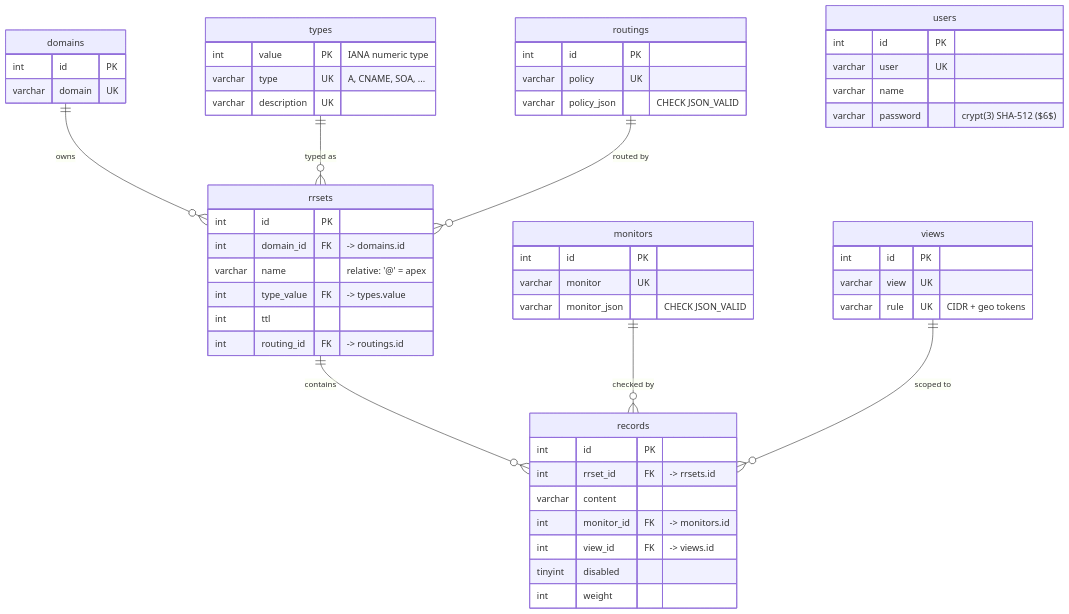
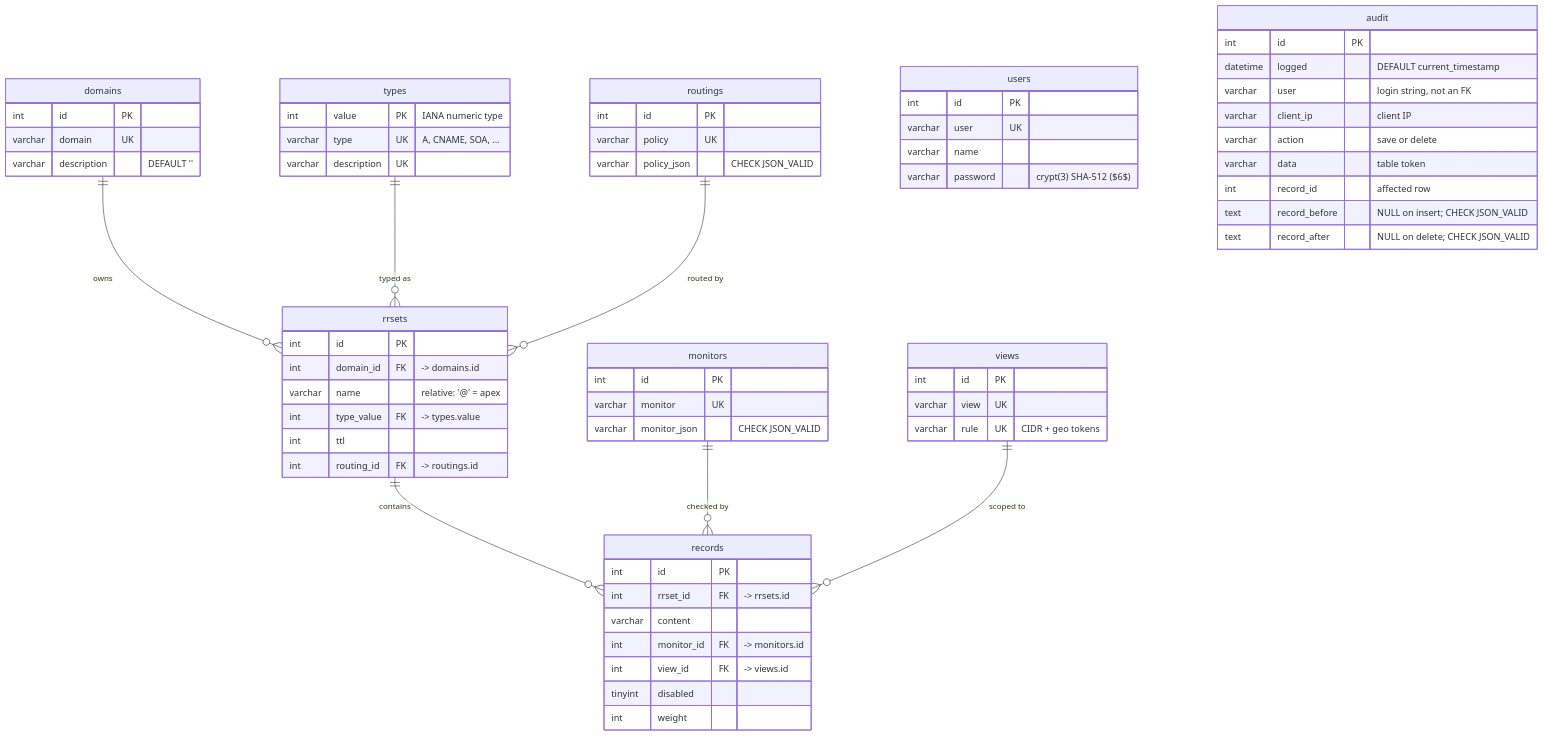
Before and after one commit to acudovs/powergslb: the diagram in database/README.md, drawn with Mermaid. The commit also changed other lines of this file and 38 other files, not shown here.

````diff
--- a/database/README.md
+++ b/database/README.md
@@ -42,57 +43,69 @@
 ```mermaid
 erDiagram
-    domains  ||--o{ rrsets   : "owns"
-    types    ||--o{ rrsets   : "typed as"
-    routings ||--o{ rrsets   : "routed by"
-    rrsets   ||--o{ records  : "contains"
-    monitors ||--o{ records  : "checked by"
-    views    ||--o{ records  : "scoped to"
+    domains ||--o{ rrsets: "owns"
+    types ||--o{ rrsets: "typed as"
+    routings ||--o{ rrsets: "routed by"
+    rrsets ||--o{ records: "contains"
+    monitors ||--o{ records: "checked by"
+    views ||--o{ records: "scoped to"
 
     users {
-        int     id        PK
-        varchar user      UK
+        int id PK
+        varchar user UK
         varchar name
-        varchar password  "crypt(3) SHA-512 ($6$)"
+        varchar password "crypt(3) SHA-512 ($6$)"
     }
     views {
-        int     id    PK
-        varchar view  UK
-        varchar rule  UK "CIDR + geo tokens"
+        int id PK
+        varchar view UK
+        varchar rule UK "CIDR + geo tokens"
     }
     types {
-        int     value        PK "IANA numeric type"
-        varchar type         UK "A, CNAME, SOA, ..."
-        varchar description  UK
+        int value PK "IANA numeric type"
+        varchar type UK "A, CNAME, SOA, ..."
+        varchar description UK
     }
     monitors {
-        int     id            PK
-        varchar monitor       UK
-        varchar monitor_json     "CHECK JSON_VALID"
+        int id PK
+        varchar monitor UK
+        varchar monitor_json "CHECK JSON_VALID"
     }
     routings {
-        int     id           PK
-        varchar policy       UK
-        varchar policy_json     "CHECK JSON_VALID"
+        int id PK
+        varchar policy UK
+        varchar policy_json "CHECK JSON_VALID"
     }
     domains {
-        int     id      PK
-        varchar domain  UK
+        int id PK
+        varchar domain UK
+        varchar description "DEFAULT ''"
     }
     rrsets {
-        int     id           PK
-        int     domain_id    FK "-> domains.id"
-        varchar name            "relative: '@' = apex"
-        int     type_value   FK "-> types.value"
-        int     ttl
-        int     routing_id   FK "-> routings.id"
+        int id PK
+        int domain_id FK "-> domains.id"
+        varchar name "relative: '@' = apex"
+        int type_value FK "-> types.value"
+        int ttl
+        int routing_id FK "-> routings.id"
     }
     records {
-        int     id          PK
-        int     rrset_id    FK "-> rrsets.id"
+        int id PK
+        int rrset_id FK "-> rrsets.id"
         varchar content
-        int     monitor_id  FK "-> monitors.id"
-        int     view_id     FK "-> views.id"
+        int monitor_id FK "-> monitors.id"
+        int view_id FK "-> views.id"
         tinyint disabled
-        int     weight
+        int weight
+    }
+    audit {
+        int id PK
+        datetime logged "DEFAULT current_timestamp"
+        varchar user "login string, not an FK"
+        varchar client_ip "client IP"
+        varchar action "save or delete"
+        varchar data "table token"
+        int record_id "affected row"
+        text record_before "NULL on insert; CHECK JSON_VALID"
+        text record_after "NULL on delete; CHECK JSON_VALID"
     }
 ```
````
